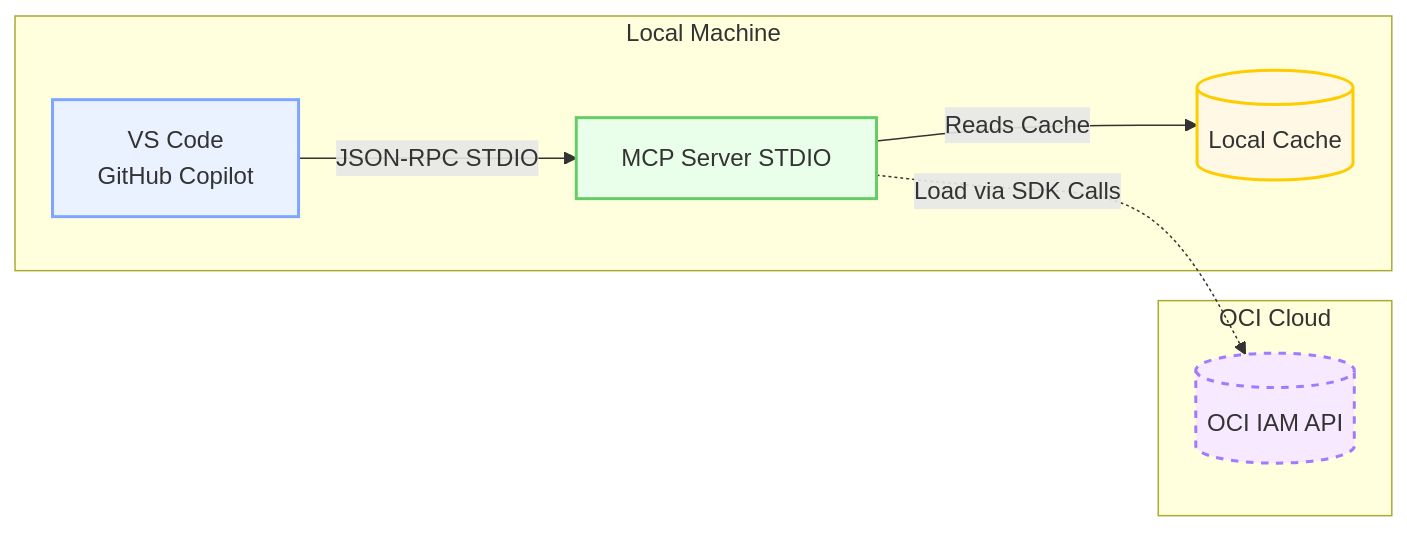
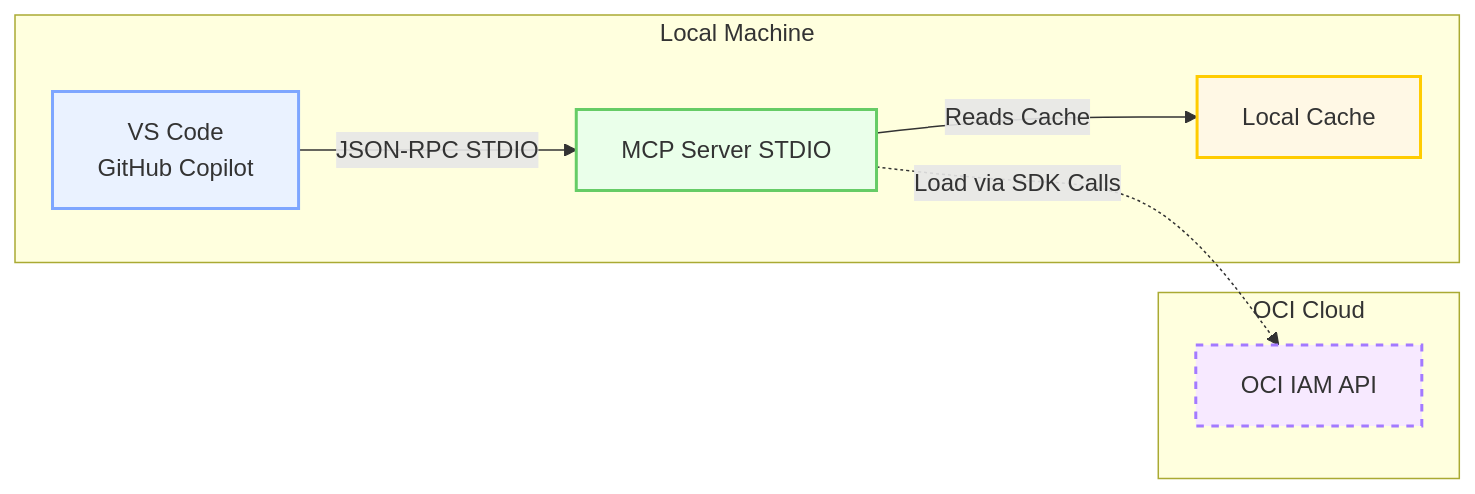
One commit to agregory999/oci-policy-analysis changed the fifth of 7 diagrams in README_MCP.md. Above: the diagram before and after it, drawn with Mermaid. The commit also changed other lines of this file, not shown here.

Commit message:
Fix formatting in flowchart descriptions

````diff
--- a/README_MCP.md
+++ b/README_MCP.md
@@ -239,21 +239,21 @@
 ```mermaid
 flowchart LR
     subgraph LOCAL["Local Machine"]
         VSC[VS Code<br/>GitHub Copilot]
         MCP[MCP Server STDIO]
-        CACHE[(Local Cache)]
+        CACHE[Local Cache]
     end
 
     subgraph OCI["OCI Cloud"]
-        API[(OCI IAM API)]
+        API[OCI IAM API]
     end
 
     VSC -->|JSON-RPC STDIO| MCP
     MCP -->|Reads Cache| CACHE
     MCP -.->|Load via SDK Calls| API
 
     style VSC fill:#eaf2ff,stroke:#7ea6ff,stroke-width:2px
     style MCP fill:#eaffea,stroke:#66cc66,stroke-width:2px
     style CACHE fill:#fff8e5,stroke:#ffcc00,stroke-width:2px
     style API fill:#f7e9ff,stroke:#a37aff,stroke-width:2px,stroke-dasharray: 5 5
 ```
````
